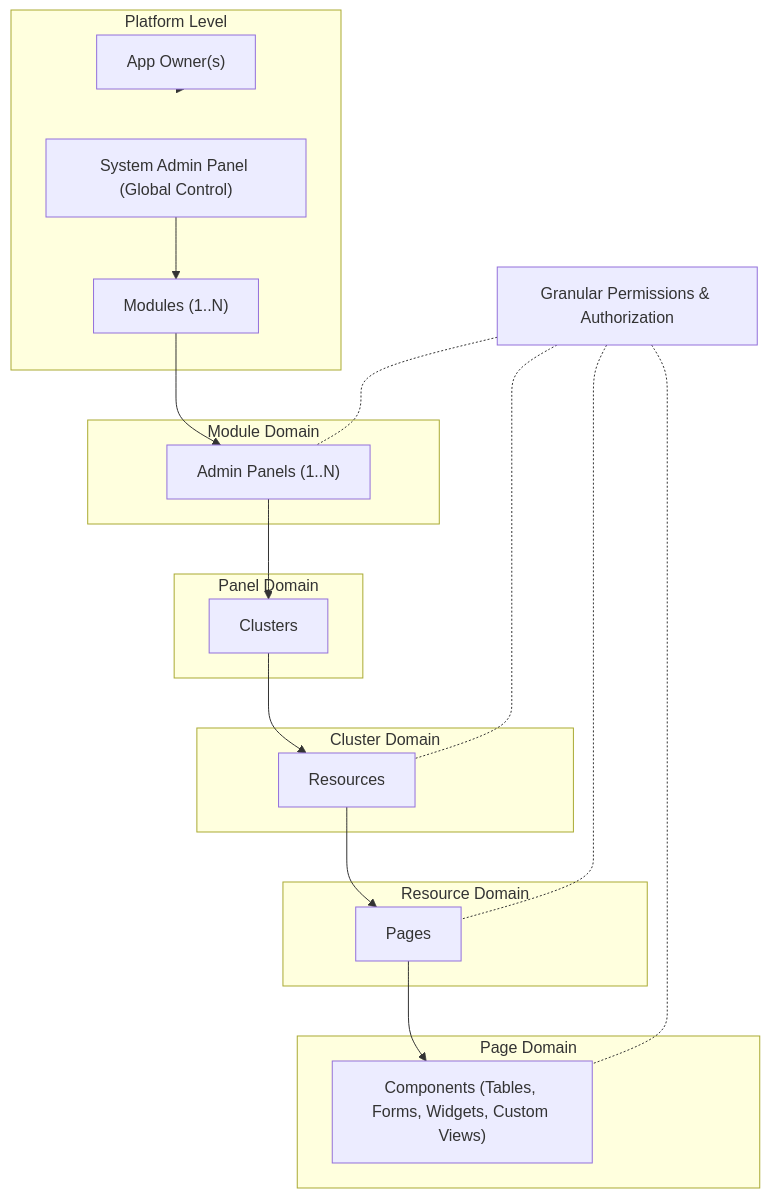
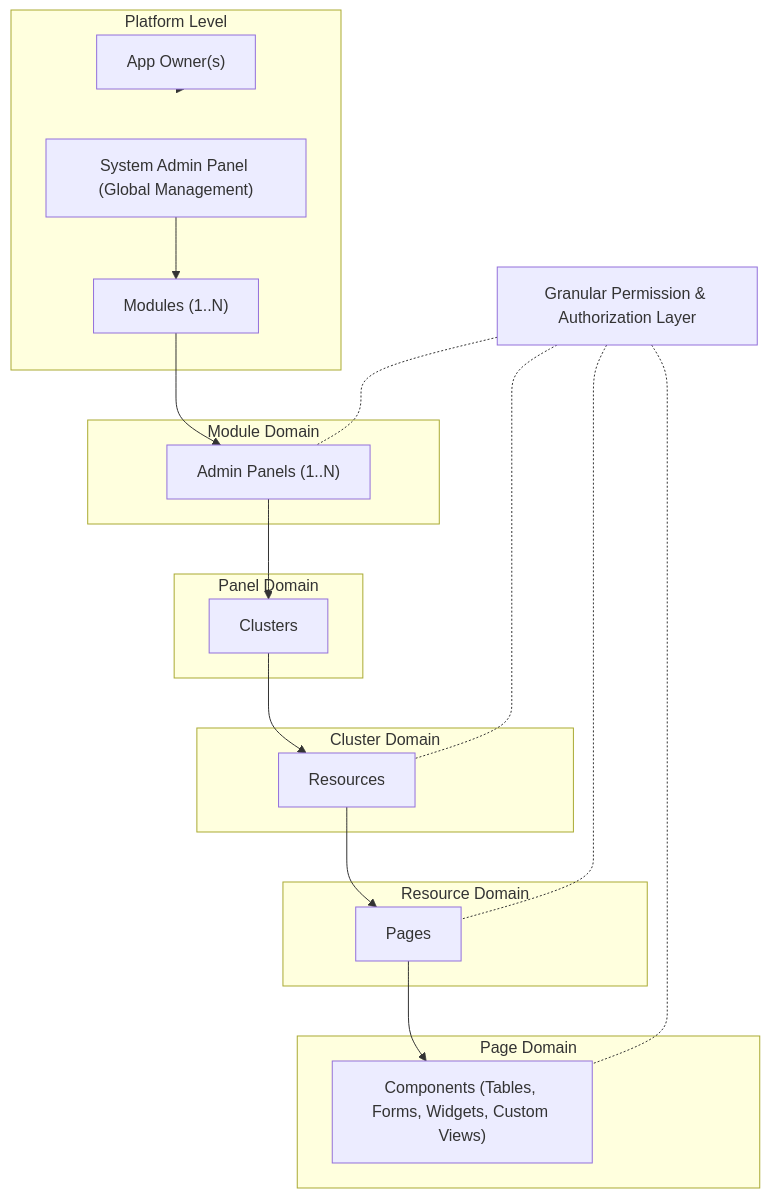
One commit to emyassine/framework changed the diagram in README.md. Above: the diagram before and after it, drawn with Mermaid. The commit also changed other lines of this file, not shown here.

````diff
--- a/README.md
+++ b/README.md
@@ -17,42 +17,42 @@
 ```mermaid
 graph TD
     subgraph Platform ["Platform Level"]
         AO["App Owner(s)"]
-        SAP["System Admin Panel (Global Control)"]
+        SAP["System Admin Panel (Global Management)"]
         MOD["Modules (1..N)"]
     end
 
     subgraph Module ["Module Domain"]
         AP["Admin Panels (1..N)"]
     end
 
     subgraph Panel ["Panel Domain"]
         CL["Clusters"]
     end
 
     subgraph Cluster ["Cluster Domain"]
         RES["Resources"]
     end
 
     subgraph Resource ["Resource Domain"]
         PG["Pages"]
     end
 
     subgraph Page ["Page Domain"]
         CMP["Components (Tables, Forms, Widgets, Custom Views)"]
     end
 
     AO --> Platform
     SAP --> MOD
     MOD --> AP
     AP --> CL
     CL --> RES
     RES --> PG
     PG --> CMP
 
-    AUTH["Granular Permissions & Authorization"] -.- AP
+    AUTH["Granular Permission & Authorization Layer"] -.- AP
     AUTH -.- RES
     AUTH -.- PG
     AUTH -.- CMP
 
 ```
````
